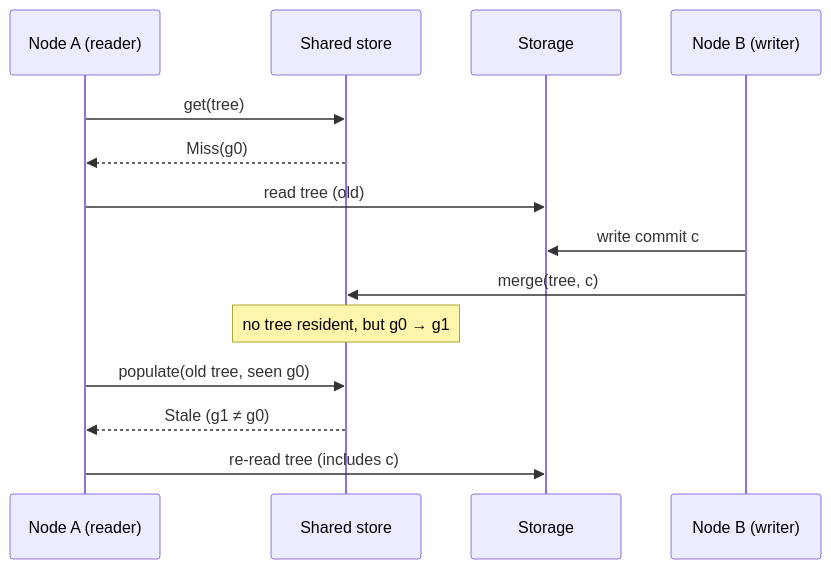
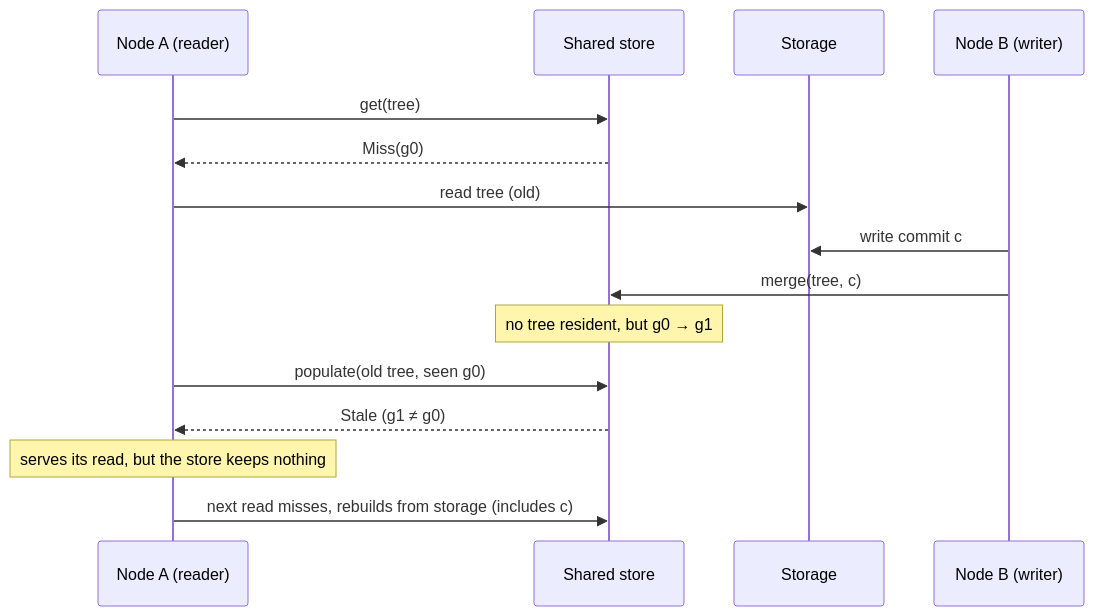
The first of 2 diagrams in design/minimized_tree_store.md (inkandswitch/subduction), drawn with Mermaid before and after one commit. The commit also changed other lines of this file and 13 other files, not shown here.

````diff
--- a/design/minimized_tree_store.md
+++ b/design/minimized_tree_store.md
@@ -27,17 +27,18 @@
 ```mermaid
 sequenceDiagram
     participant A as Node A (reader)
     participant S as Shared store
     participant St as Storage
     participant B as Node B (writer)
 
     A->>S: get(tree)
     S-->>A: Miss(g0)
     A->>St: read tree (old)
     B->>St: write commit c
     B->>S: merge(tree, c)
     Note over S: no tree resident, but g0 → g1
     A->>S: populate(old tree, seen g0)
     S-->>A: Stale (g1 ≠ g0)
-    A->>St: re-read tree (includes c)
+    Note over A: serves its read, but the store keeps nothing
+    A->>S: next read misses, rebuilds from storage (includes c)
 ```
````
